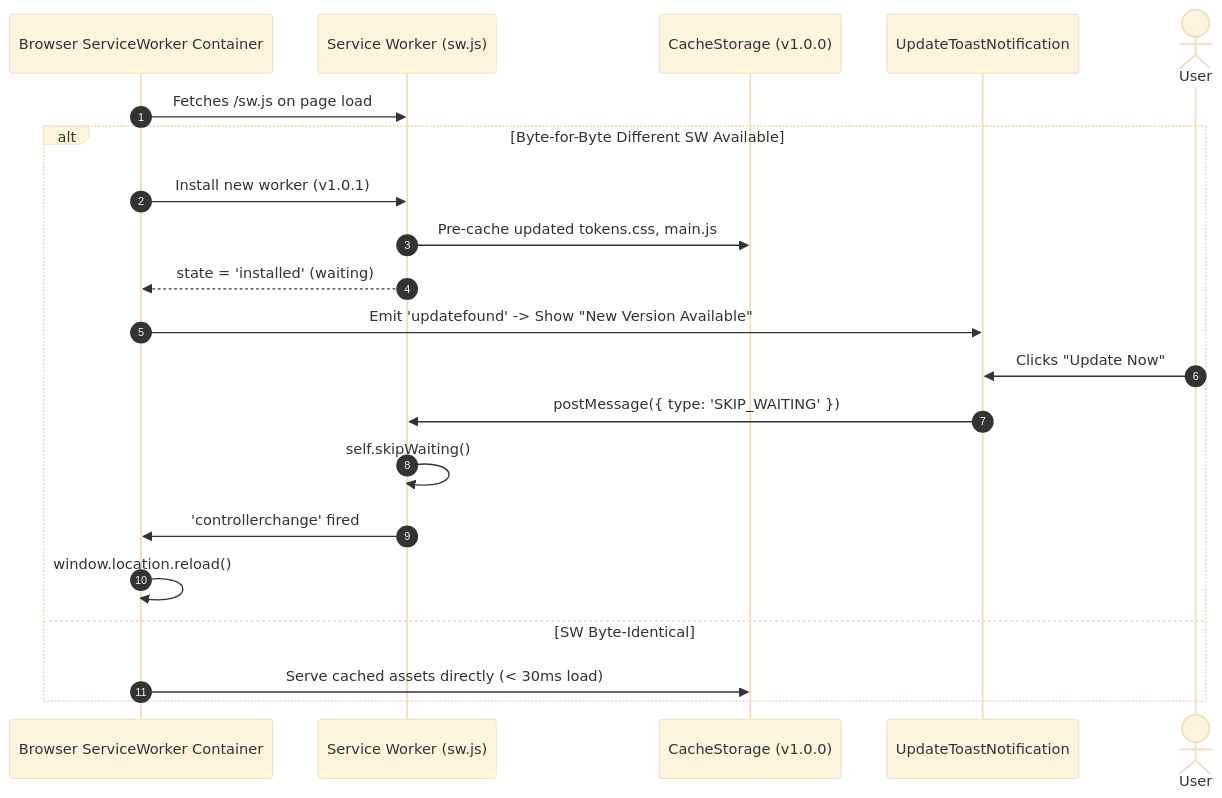
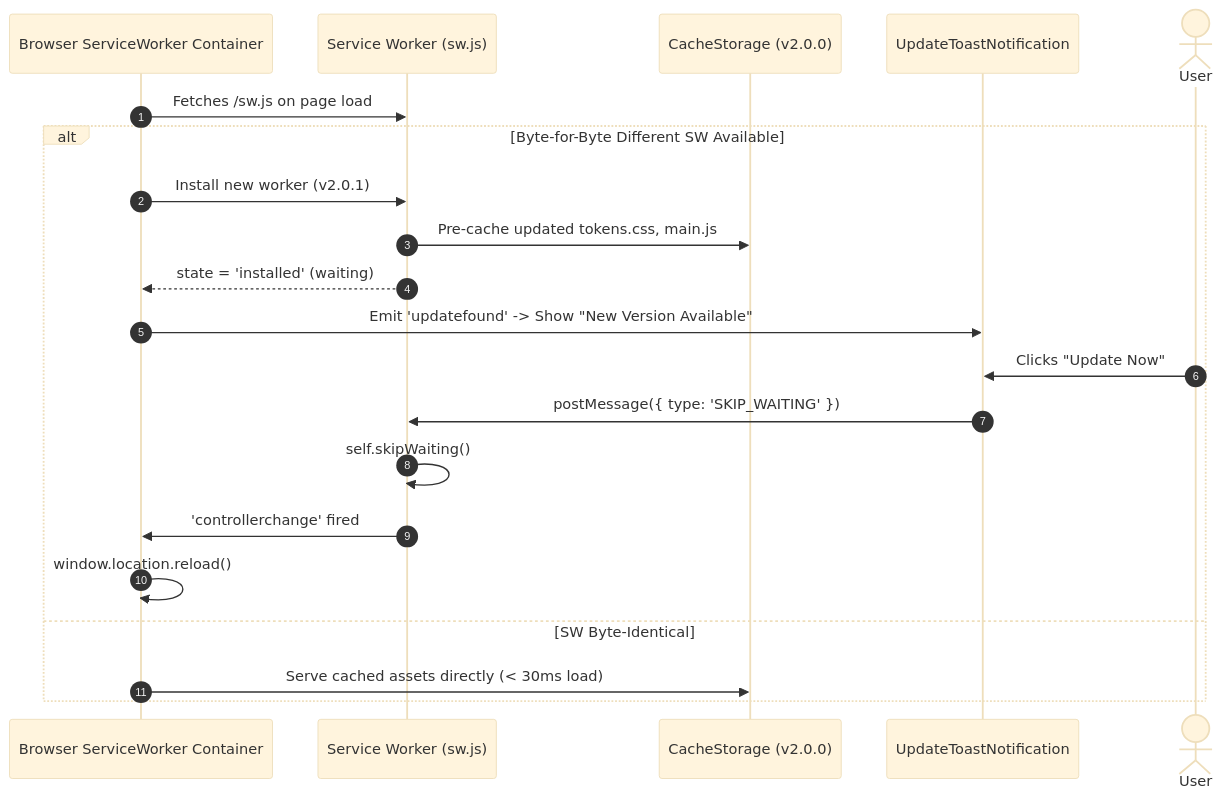
Before and after one commit to piyushmakhija28/countdown-lockscreen-challenge: the tenth of 10 diagrams in docs/lld/02-dynamic-interaction-sequences.md, drawn with Mermaid (base theme). The commit also changed other lines of this file and 46 other files, not shown here.

````diff
--- a/docs/lld/02-dynamic-interaction-sequences.md
+++ b/docs/lld/02-dynamic-interaction-sequences.md
@@ -267,24 +272,24 @@
 ```mermaid
 sequenceDiagram
     autonumber
     participant Browser as Browser ServiceWorker Container
     participant SW as Service Worker (sw.js)
-    participant Cache as CacheStorage (v1.0.0)
+    participant Cache as CacheStorage (v2.0.0)
     participant UI as UpdateToastNotification
     actor User as User
 
     Browser->>SW: Fetches /sw.js on page load
     alt Byte-for-Byte Different SW Available
-        Browser->>SW: Install new worker (v1.0.1)
+        Browser->>SW: Install new worker (v2.0.1)
         SW->>Cache: Pre-cache updated tokens.css, main.js
         SW-->>Browser: state = 'installed' (waiting)
         Browser->>UI: Emit 'updatefound' -> Show "New Version Available"
         User->>UI: Clicks "Update Now"
         UI->>SW: postMessage({ type: 'SKIP_WAITING' })
         SW->>SW: self.skipWaiting()
         SW->>Browser: 'controllerchange' fired
         Browser->>Browser: window.location.reload()
     else SW Byte-Identical
         Browser->>Cache: Serve cached assets directly (< 30ms load)
     end
 ```
````
